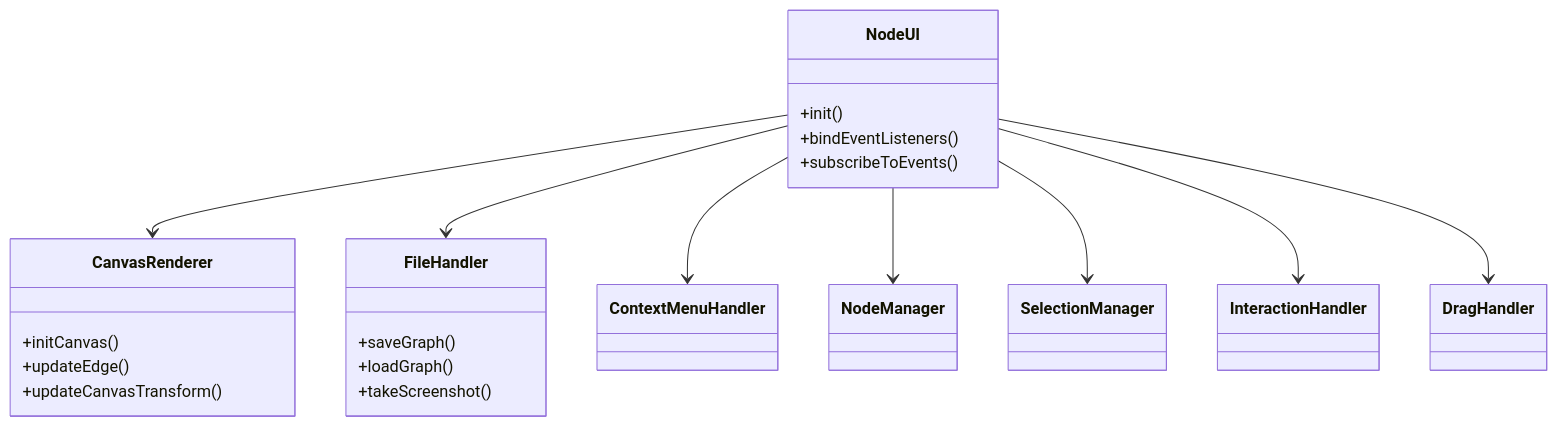
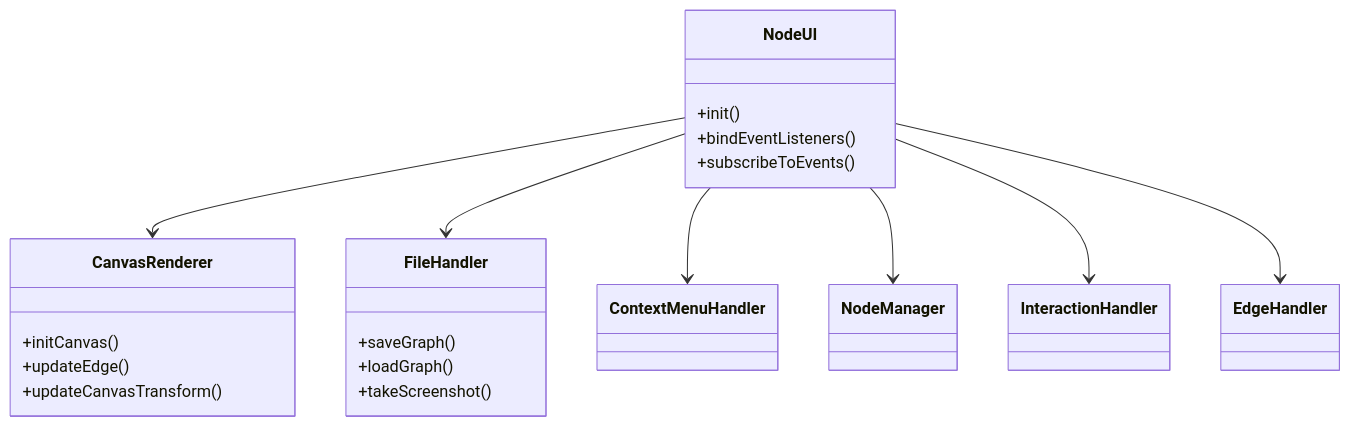
The second of 4 diagrams in memory-bank/systemPatterns.md (DangerDrome/NodeUI), drawn with Mermaid before and after one commit. The commit also changed other lines of this file and 14 other files, not shown here.

````diff
--- a/memory-bank/systemPatterns.md
+++ b/memory-bank/systemPatterns.md
@@ -87,28 +85,27 @@
 ```mermaid
 classDiagram
     NodeUI --> CanvasRenderer
     NodeUI --> FileHandler
     NodeUI --> ContextMenuHandler
     NodeUI --> NodeManager
-    NodeUI --> SelectionManager
     NodeUI --> InteractionHandler
-    NodeUI --> DragHandler
+    NodeUI --> EdgeHandler
     
     class NodeUI {
         +init()
         +bindEventListeners()
         +subscribeToEvents()
     }
     
     class CanvasRenderer {
         +initCanvas()
         +updateEdge()
         +updateCanvasTransform()
     }
     
     class FileHandler {
         +saveGraph()
         +loadGraph()
         +takeScreenshot()
     }
 ```
````
